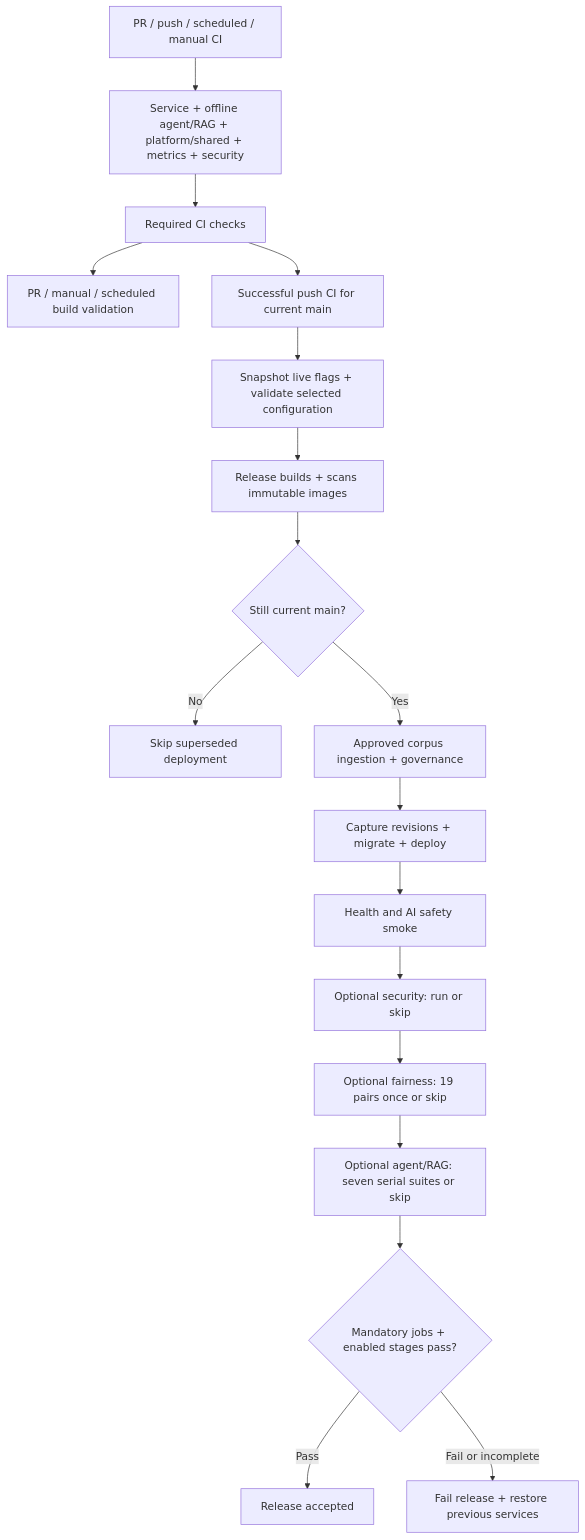
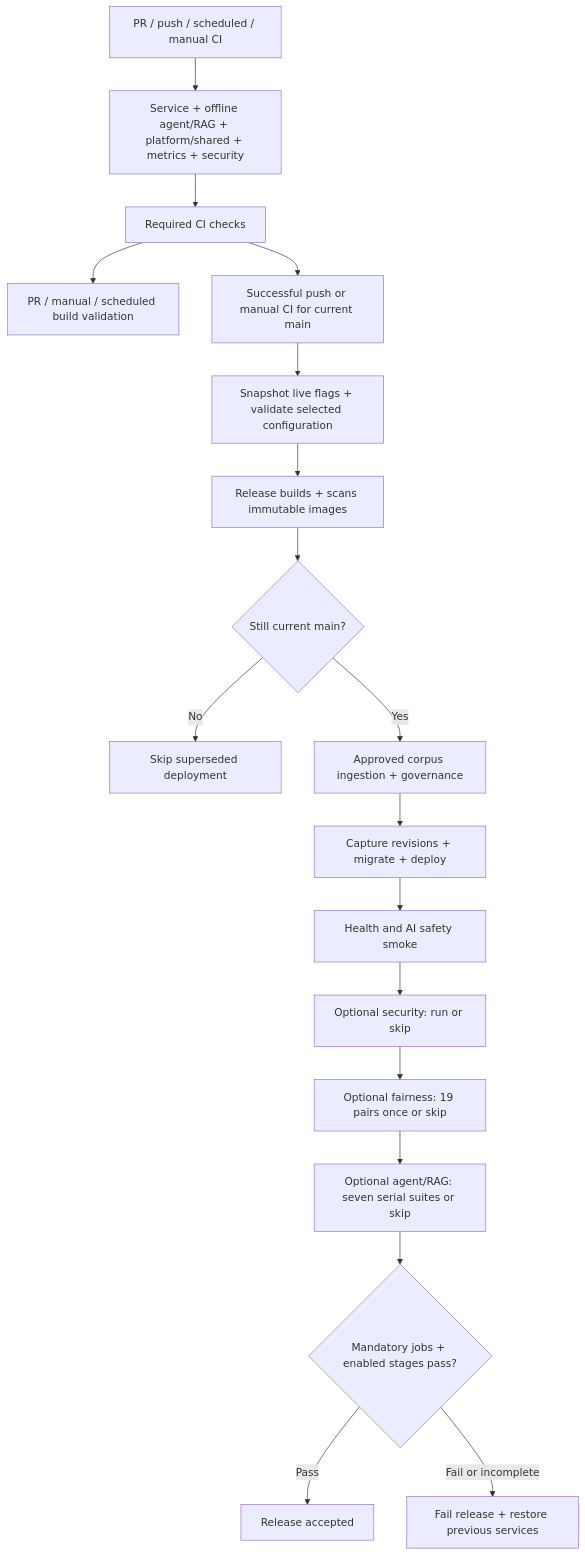
Before and after one commit to Seanleng99/nus-iss-ais-team9: the diagram in docs/agent-test-workflows.md, drawn with Mermaid. The commit also changed other lines of this file and 8 other files, not shown here.

Commit message:
Allow manual main CI to trigger AWS releases

````diff
--- a/docs/agent-test-workflows.md
+++ b/docs/agent-test-workflows.md
@@ -79,20 +86,20 @@
 ```mermaid
 flowchart TD
     Start[PR / push / scheduled / manual CI] --> Tests[Service + offline agent/RAG + platform/shared + metrics + security]
     Tests --> Gate[Required CI checks]
     Gate --> PRBuild[PR / manual / scheduled build validation]
-    Gate --> Push[Successful push CI for current main]
+    Gate --> Push[Successful push or manual CI for current main]
     Push --> Preflight[Snapshot live flags + validate selected configuration]
     Preflight --> Build[Release builds + scans immutable images]
     Build --> Fresh{Still current main?}
     Fresh -->|No| Skip[Skip superseded deployment]
     Fresh -->|Yes| Corpus[Approved corpus ingestion + governance]
     Corpus --> Deploy[Capture revisions + migrate + deploy]
     Deploy --> Smoke[Health and AI safety smoke]
     Smoke --> Security[Optional security: run or skip]
     Security --> Fairness[Optional fairness: 19 pairs once or skip]
     Fairness --> Agents[Optional agent/RAG: seven serial suites or skip]
     Agents --> Acceptance{Mandatory jobs + enabled stages pass?}
     Acceptance -->|Pass| Success[Release accepted]
     Acceptance -->|Fail or incomplete| Rollback[Fail release + restore previous services]
 ```
````
